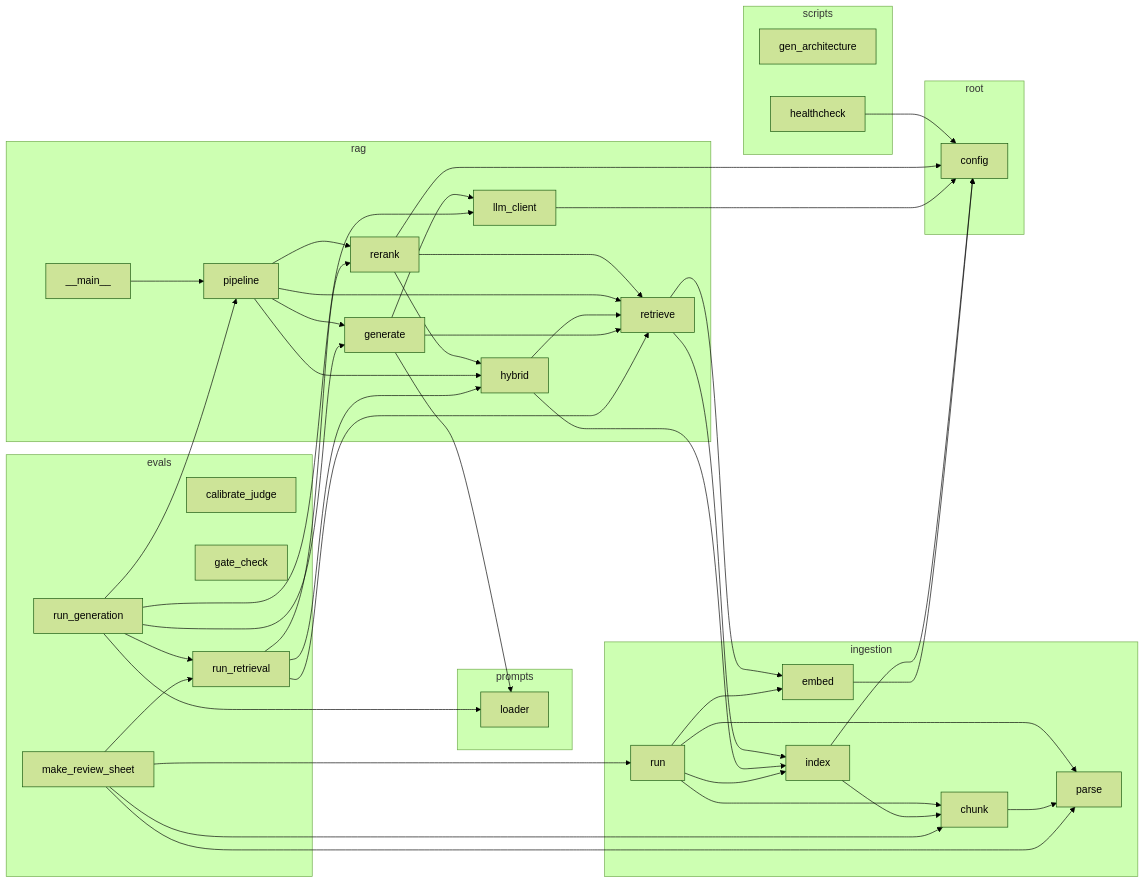
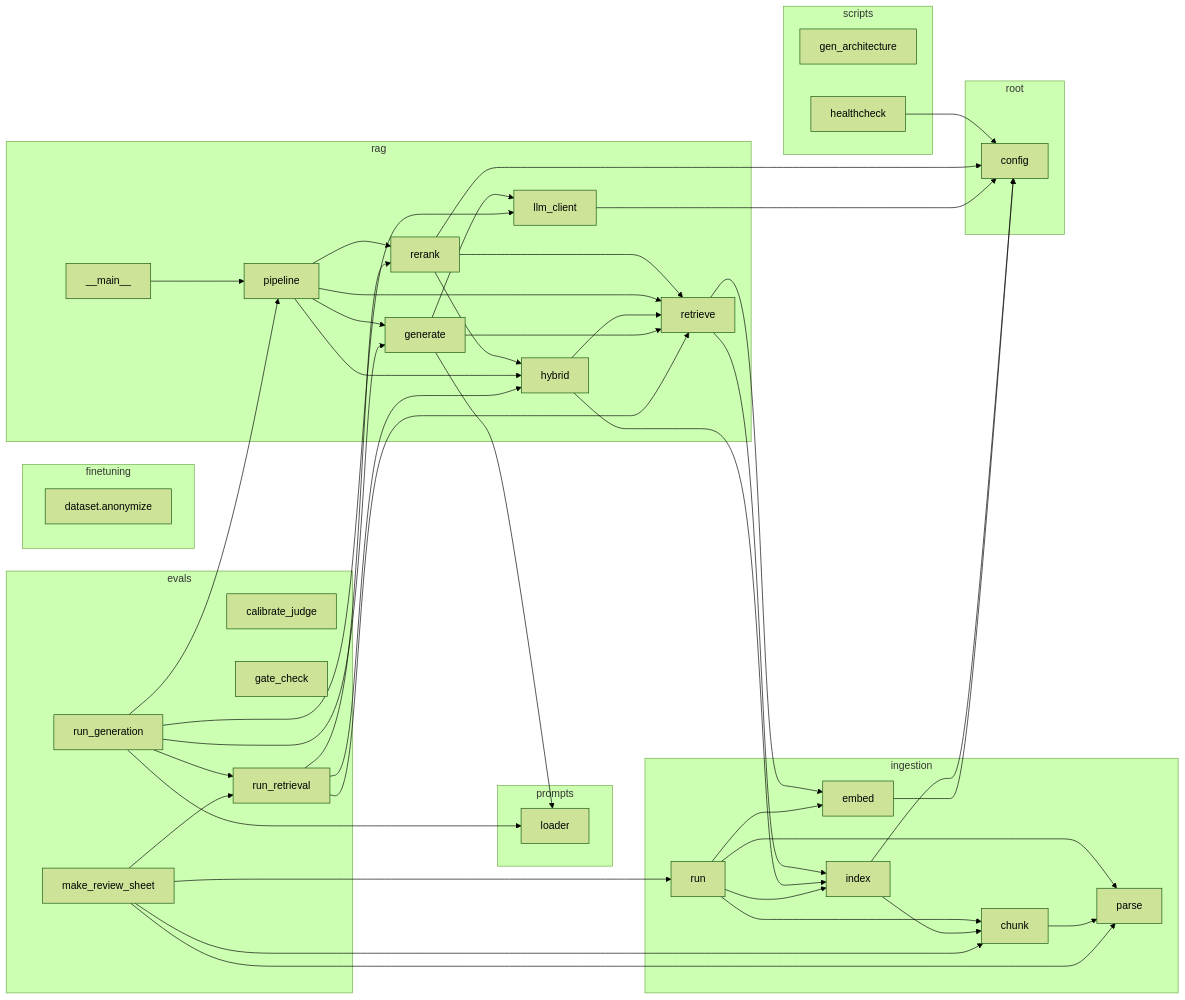
The diagram in ARCHITECTURE.md (zivanaa/lexid), drawn with Mermaid (forest theme) before and after one commit. The commit also changed 6 other files, not shown here.

First line of the commit message:
Phase 2 kickoff: anonymization gate first (finetuning/dataset/anonymize.py)

````diff
--- a/ARCHITECTURE.md
+++ b/ARCHITECTURE.md
@@ -6,73 +6,76 @@
 ```mermaid
 graph LR
   subgraph evals
     evals_calibrate_judge["calibrate_judge"]
     evals_gate_check["gate_check"]
     evals_make_review_sheet["make_review_sheet"]
     evals_run_generation["run_generation"]
     evals_run_retrieval["run_retrieval"]
+  end
+  subgraph finetuning
+    finetuning_dataset_anonymize["dataset.anonymize"]
   end
   subgraph ingestion
     ingestion_chunk["chunk"]
     ingestion_embed["embed"]
     ingestion_index["index"]
     ingestion_parse["parse"]
     ingestion_run["run"]
   end
   subgraph prompts
     prompts_loader["loader"]
   end
   subgraph rag
     rag___main__["__main__"]
     rag_generate["generate"]
     rag_hybrid["hybrid"]
     rag_llm_client["llm_client"]
     rag_pipeline["pipeline"]
     rag_rerank["rerank"]
     rag_retrieve["retrieve"]
   end
   subgraph root
     config["config"]
   end
   subgraph scripts
     scripts_gen_architecture["gen_architecture"]
     scripts_healthcheck["healthcheck"]
   end
   evals_make_review_sheet --> evals_run_retrieval
   evals_make_review_sheet --> ingestion_chunk
   evals_make_review_sheet --> ingestion_parse
   evals_make_review_sheet --> ingestion_run
   evals_run_generation --> evals_run_retrieval
   evals_run_generation --> prompts_loader
   evals_run_generation --> rag_generate
   evals_run_generation --> rag_llm_client
   evals_run_generation --> rag_pipeline
   evals_run_retrieval --> rag_hybrid
   evals_run_retrieval --> rag_rerank
   evals_run_retrieval --> rag_retrieve
   ingestion_chunk --> ingestion_parse
   ingestion_embed --> config
   ingestion_index --> config
   ingestion_index --> ingestion_chunk
   ingestion_run --> ingestion_chunk
   ingestion_run --> ingestion_embed
   ingestion_run --> ingestion_index
   ingestion_run --> ingestion_parse
   rag___main__ --> rag_pipeline
   rag_generate --> prompts_loader
   rag_generate --> rag_llm_client
   rag_generate --> rag_retrieve
   rag_hybrid --> ingestion_index
   rag_hybrid --> rag_retrieve
   rag_llm_client --> config
   rag_pipeline --> rag_generate
   rag_pipeline --> rag_hybrid
   rag_pipeline --> rag_rerank
   rag_pipeline --> rag_retrieve
   rag_rerank --> config
   rag_rerank --> rag_hybrid
   rag_rerank --> rag_retrieve
   rag_retrieve --> ingestion_embed
   rag_retrieve --> ingestion_index
   scripts_healthcheck --> config
 ```
````
